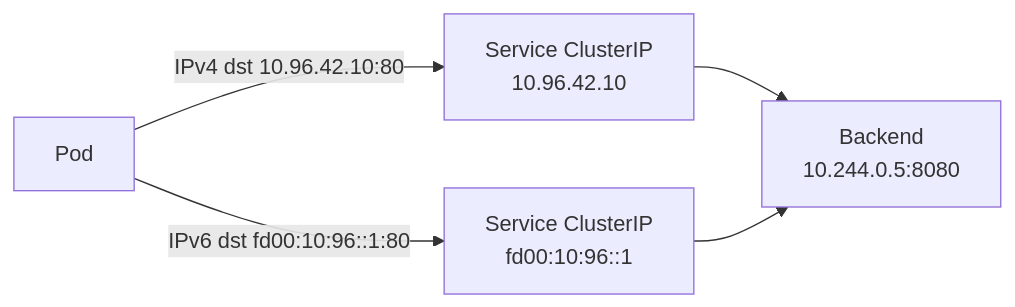
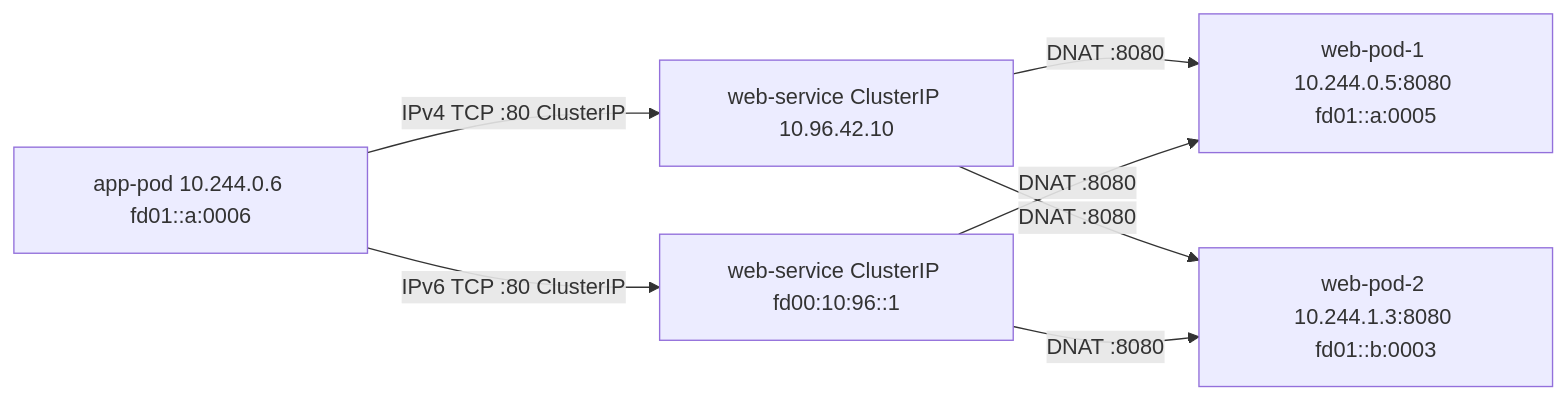
One commit to MykolaLebid/Kubernetes_networking_engineering changed the second of 2 diagrams in lessons/15-ipv6-dual-stack.md. Above: the diagram before and after it, drawn with Mermaid. The commit also changed other lines of this file and 35 other files, not shown here.

First line of the commit message:
Restructure all 34 lessons: Theory/Practice split, richer diagrams, industry examples, navigation

````diff
--- a/lessons/15-ipv6-dual-stack.md
+++ b/lessons/15-ipv6-dual-stack.md
@@ -129,7 +124,9 @@
 ```mermaid
 flowchart LR
-    POD[Pod] -->|IPv4 dst 10.96.42.10:80| SVC4[Service ClusterIP\n10.96.42.10]
-    POD -->|IPv6 dst fd00:10:96::1:80| SVC6[Service ClusterIP\nfd00:10:96::1]
-    SVC4 --> B1[Backend\n10.244.0.5:8080]
-    SVC6 --> B1
+    POD["app-pod 10.244.0.6 fd01::a:0006"] --"IPv4 TCP :80 ClusterIP"--> SVC4["web-service ClusterIP 10.96.42.10"]
+    POD --"IPv6 TCP :80 ClusterIP"--> SVC6["web-service ClusterIP fd00:10:96::1"]
+    SVC4 --"DNAT :8080"--> B1["web-pod-1 10.244.0.5:8080 fd01::a:0005"]
+    SVC6 --"DNAT :8080"--> B1
+    SVC4 --"DNAT :8080"--> B2["web-pod-2 10.244.1.3:8080 fd01::b:0003"]
+    SVC6 --"DNAT :8080"--> B2
 ```
````
